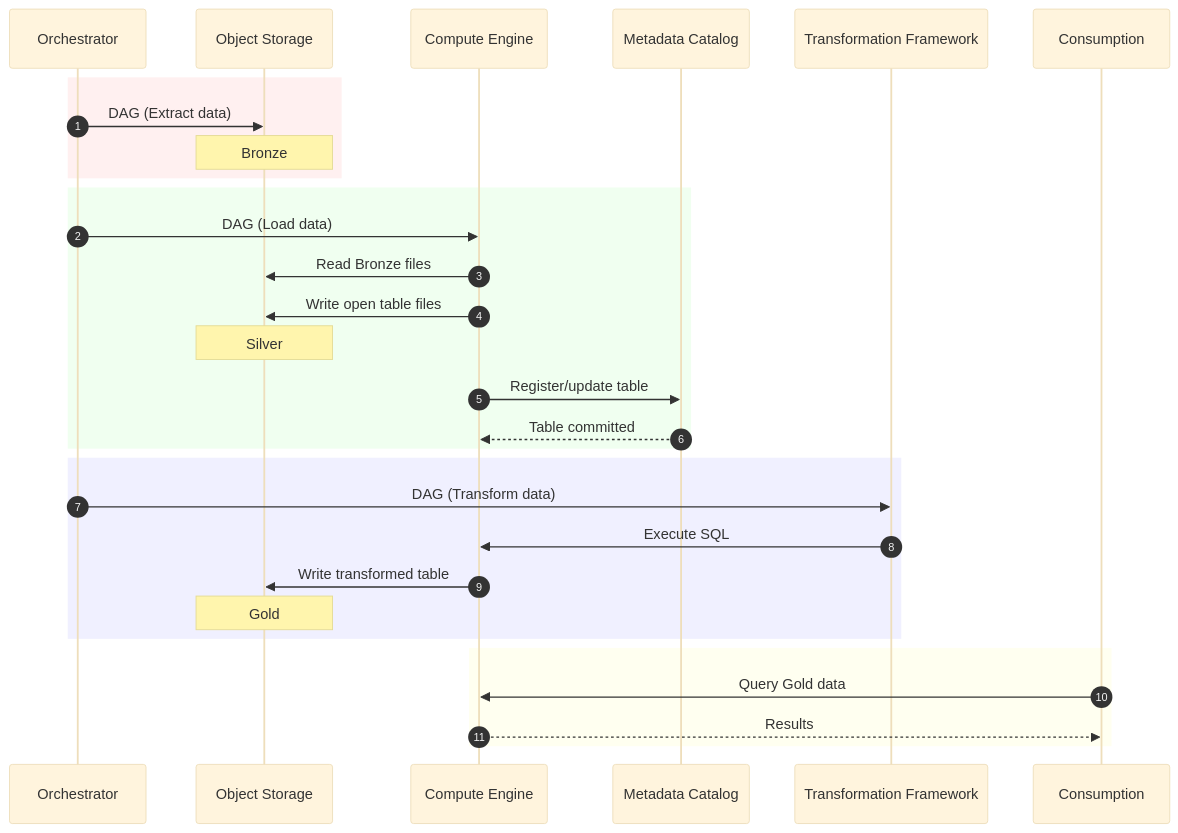
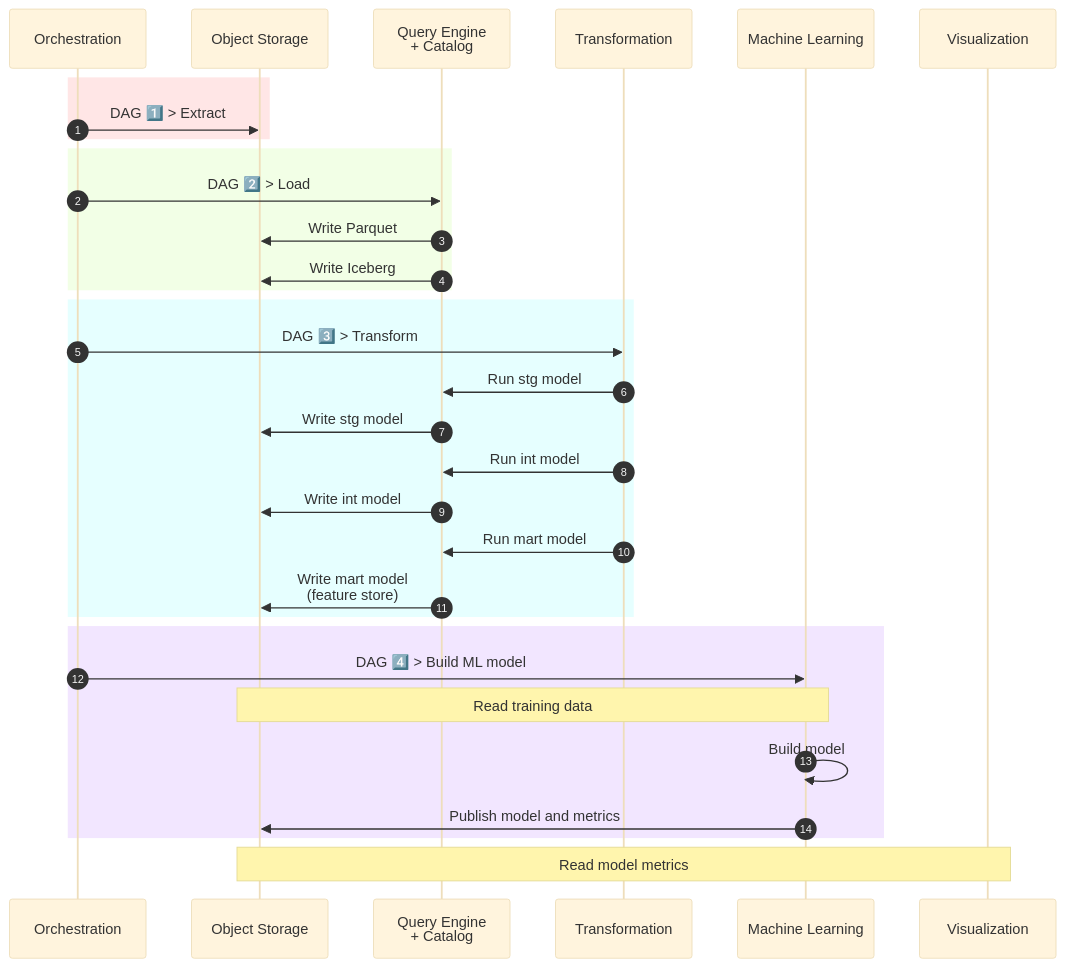
The second of 2 diagrams in project-1-lakehouse/README.md (Rez99/data-engineering-portfolio), drawn with Mermaid (base theme) before and after one commit. The commit also changed other lines of this file, not shown here.

Commit message:
Refactor sequence diagram in README.md for clarity and consistency in orchestration terminology

````diff
--- a/project-1-lakehouse/README.md
+++ b/project-1-lakehouse/README.md
@@ -40,41 +40,42 @@
 ```mermaid
 sequenceDiagram
     autonumber
 
-    participant Orchestrator
+    participant Orchestration
     participant ObjectStorage as Object Storage
-    participant ComputeEngine as Compute Engine
-    participant Catalog as Metadata Catalog
-    participant Transform as Transformation Framework
-    participant Consumption
+    participant QueryEngine as Query Engine<br/>+ Catalog
+    participant Transformation
+    participant ML as Machine Learning
+    participant Visualization
 
-    rect rgb(255, 240, 240)
-        Orchestrator->>ObjectStorage: DAG (Extract data)
-        Note over ObjectStorage: Bronze
+    rect rgb(255, 230, 230)
+        Orchestration->>ObjectStorage: DAG 1️⃣ > Extract
     end
 
-    rect rgb(240, 255, 240)
-        Orchestrator->>ComputeEngine: DAG (Load data)
-        ComputeEngine->>ObjectStorage: Read Bronze files
-        ComputeEngine->>ObjectStorage: Write open table files
-        Note over ObjectStorage: Silver
-        ComputeEngine->>Catalog: Register/update table
-        Catalog-->>ComputeEngine: Table committed
+    rect rgb(242, 255, 230)
+        Orchestration->>QueryEngine: DAG 2️⃣ > Load
+        QueryEngine->>ObjectStorage: Write Parquet
+        QueryEngine->>ObjectStorage: Write Iceberg
     end
 
-    rect rgb(240, 240, 255)
-        Orchestrator->>Transform: DAG (Transform data)
-        Transform->>ComputeEngine: Execute SQL
-        ComputeEngine->>ObjectStorage: Write transformed table
-        Note over ObjectStorage: Gold
+    rect rgb(230, 255, 255)
+        Orchestration->>Transformation: DAG 3️⃣ > Transform
+        Transformation->>QueryEngine: Run stg model
+        QueryEngine->>ObjectStorage: Write stg model
+
+        Transformation->>QueryEngine: Run int model
+        QueryEngine->>ObjectStorage: Write int model
+
+        Transformation->>QueryEngine: Run mart model
+        QueryEngine->>ObjectStorage: Write mart model<br/>(feature store)
     end
 
-    rect rgb(255, 255, 240)
-       Consumption->>ComputeEngine: Query Gold data
-       ComputeEngine-->>Consumption: Results
+    rect rgb(242, 230, 255)
+        Orchestration->>ML: DAG 4️⃣ > Build ML model
+        Note over ObjectStorage,ML: Read training data
+        ML->>ML: Build model
+        ML->>ObjectStorage: Publish model and metrics
     end
 
-    
-
-    
+    Note over ObjectStorage,Visualization: Read model metrics
 ```
````
